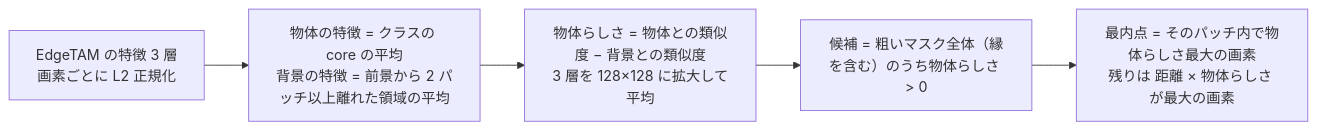
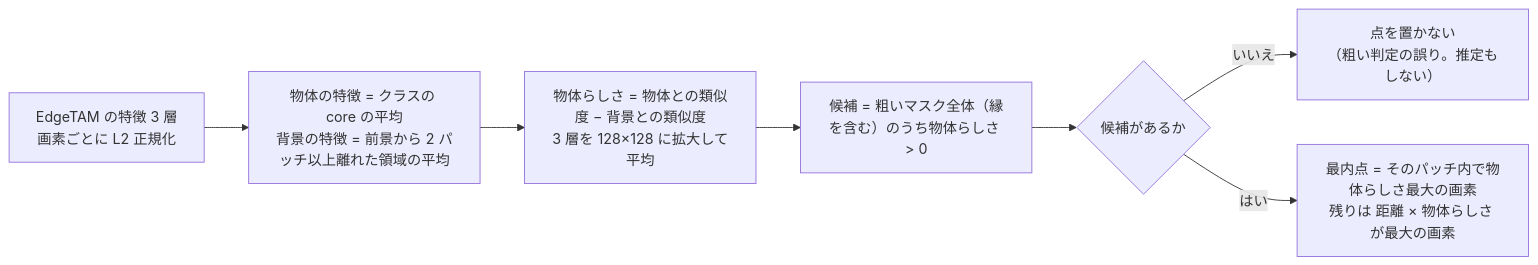
Before and after one commit to fklg-64/pe_anything_detect: the fourth of 8 diagrams in docs/detailed_segmentation.md, drawn with Mermaid. The commit also changed other lines of this file and 6 other files, not shown here.

````diff
--- a/docs/detailed_segmentation.md
+++ b/docs/detailed_segmentation.md
@@ -95,7 +95,9 @@
 ```mermaid
 flowchart LR
     A["EdgeTAM の特徴 3 層<br/>画素ごとに L2 正規化"] --> B["物体の特徴 = クラスの core の平均<br/>背景の特徴 = 前景から 2 パッチ以上離れた領域の平均"]
     B --> C["物体らしさ = 物体との類似度 − 背景との類似度<br/>3 層を 128×128 に拡大して平均"]
     C --> D["候補 = 粗いマスク全体（縁を含む）のうち物体らしさ > 0"]
-    D --> E["最内点 = そのパッチ内で物体らしさ最大の画素<br/>残りは 距離 × 物体らしさ が最大の画素"]
+    D --> F{"候補があるか"}
+    F -->|いいえ| G["点を置かない<br/>（粗い判定の誤り。推定もしない）"]
+    F -->|はい| E["最内点 = そのパッチ内で物体らしさ最大の画素<br/>残りは 距離 × 物体らしさ が最大の画素"]
 ```
````
